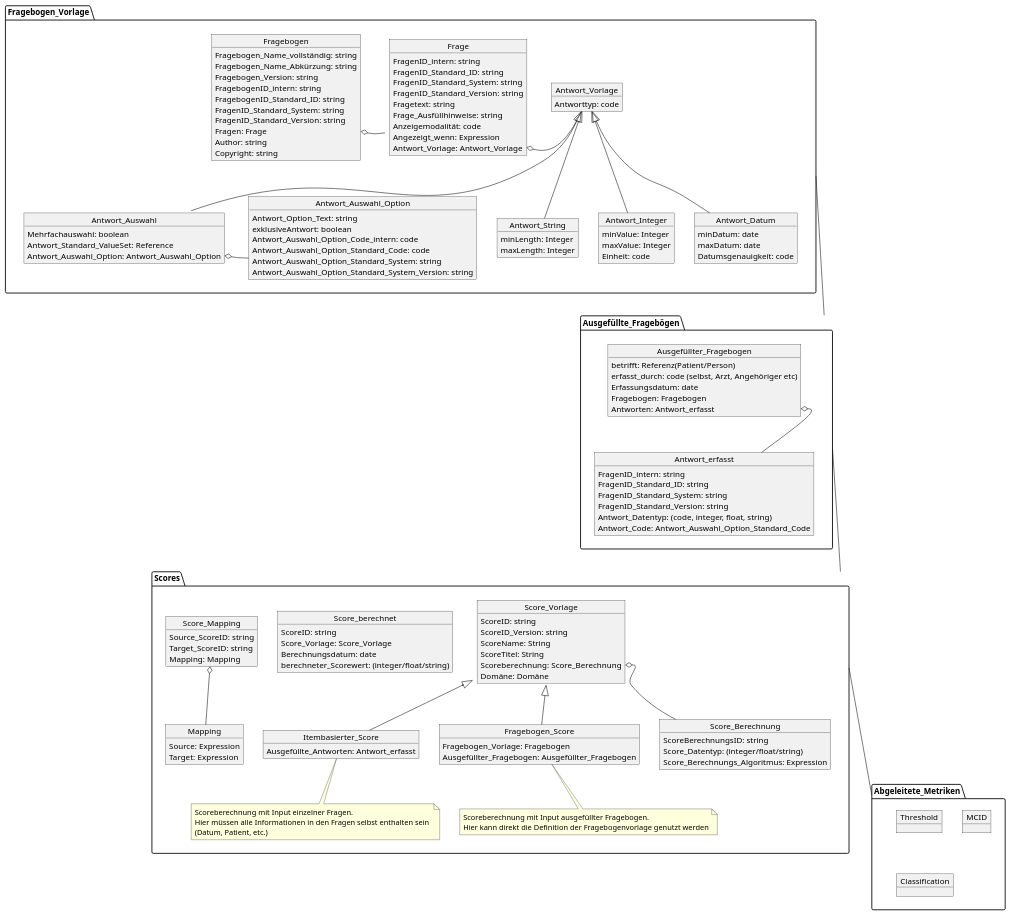
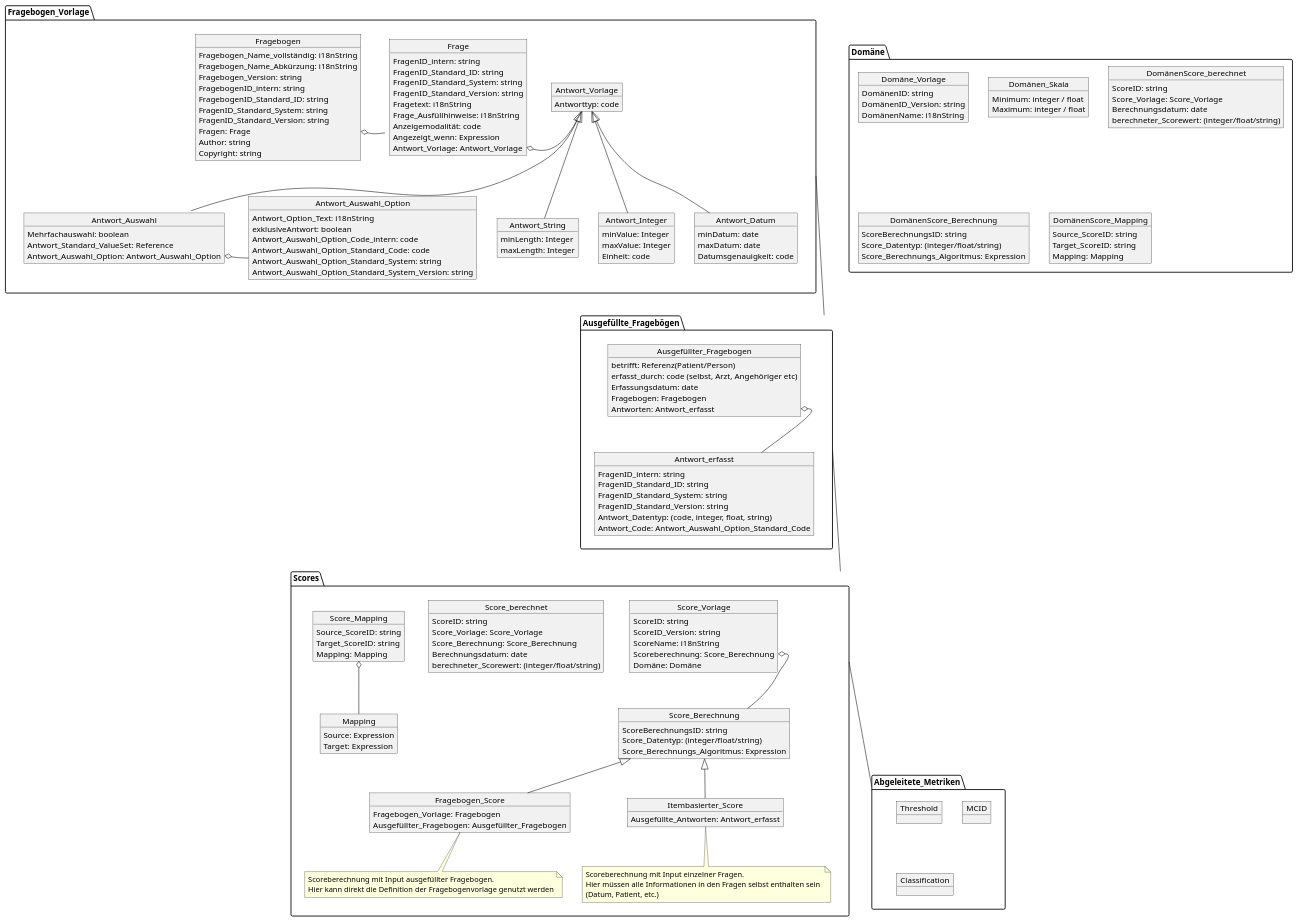
The diagram in Logical_Model_UML_q-based copy.pu (medizininformatik-initiative/kerndatensatzmodul-proms), drawn with PlantUML before and after one commit.

Commit message:
imrpoved plantuml of logical model

```diff
--- a/Logical_Model_UML_q-based copy.pu
+++ b/Logical_Model_UML_q-based copy.pu
@@ -1,169 +1,199 @@
 @startuml MII_PROMs_Fragebögen
 package Fragebogen_Vorlage {
     object Fragebogen {
-        Fragebogen_Name_vollständig: string
-        Fragebogen_Name_Abkürzung: string
+        Fragebogen_Name_vollständig: i18nString
+        Fragebogen_Name_Abkürzung: i18nString
         Fragebogen_Version: string
         FragebogenID_intern: string
         FragebogenID_Standard_ID: string
         FragenID_Standard_System: string
         FragenID_Standard_Version: string
         Fragen: Frage
         Author: string
 
         Copyright: string
 
 
     }
 
     object Frage{
         FragenID_intern: string
         FragenID_Standard_ID: string
         FragenID_Standard_System: string
         FragenID_Standard_Version: string
-        Fragetext: string
-        Frage_Ausfüllhinweise: string
+        Fragetext: i18nString
+        Frage_Ausfüllhinweise: i18nString
         Anzeigemodalität: code
         Angezeigt_wenn: Expression
         Antwort_Vorlage: Antwort_Vorlage
 
     }
 
     Fragebogen::Frage o-right- Frage
 
     object Antwort_Vorlage {
         Antworttyp: code
     }
     Frage::Antwort_Vorlage  o-right-- Antwort_Vorlage
 
     object Antwort_String {
         minLength: Integer
         maxLength: Integer
     }
     Antwort_Vorlage <|-down- Antwort_String
 
     object Antwort_Auswahl {
         Mehrfachauswahl: boolean
         Antwort_Standard_ValueSet: Reference
         Antwort_Auswahl_Option: Antwort_Auswahl_Option
     }
     object Antwort_Auswahl_Option {
-        Antwort_Option_Text: string
+        Antwort_Option_Text: i18nString
         exklusiveAntwort: boolean
         Antwort_Auswahl_Option_Code_intern: code
         Antwort_Auswahl_Option_Standard_Code: code
         Antwort_Auswahl_Option_Standard_System: string
         Antwort_Auswahl_Option_Standard_System_Version: string
 
     }
 
     Antwort_Vorlage <|-down- Antwort_Auswahl
     Antwort_Auswahl::Antwort_Auswahl_Option o-right- Antwort_Auswahl_Option
 
     object Antwort_Integer {
         minValue: Integer
         maxValue: Integer
         Einheit: code
     }
     Antwort_Vorlage <|-down- Antwort_Integer
 
     object Antwort_Datum {
         minDatum: date
         maxDatum: date
         Datumsgenauigkeit: code
     }
     Antwort_Vorlage <|-down- Antwort_Datum
 
 }
 
 package Ausgefüllte_Fragebögen {
     object Ausgefüllter_Fragebogen {
     
         betrifft: Referenz(Patient/Person)
         erfasst_durch: code (selbst, Arzt, Angehöriger etc)
         Erfassungsdatum: date
         Fragebogen: Fragebogen
         Antworten: Antwort_erfasst
     }
     object Antwort_erfasst {
         FragenID_intern: string
         FragenID_Standard_ID: string
         FragenID_Standard_System: string
         FragenID_Standard_Version: string
         Antwort_Datentyp: (code, integer, float, string)
         Antwort_Code: Antwort_Auswahl_Option_Standard_Code
     }
     Ausgefüllter_Fragebogen::Antworten o-- Antwort_erfasst
 }
 
 package Scores {
     object Score_Vorlage {
         ScoreID: string
         ScoreID_Version: string
-        ScoreName: String
-        ScoreTitel: String
+        ScoreName: i18nString
         Scoreberechnung: Score_Berechnung
         Domäne: Domäne
     }
     object Score_berechnet {
         ScoreID: string
         Score_Vorlage: Score_Vorlage
+        Score_Berechnung: Score_Berechnung
         Berechnungsdatum: date
         berechneter_Scorewert: (integer/float/string)
     } 
     object Score_Berechnung {
         ScoreBerechnungsID: string
         Score_Datentyp: (integer/float/string)
         Score_Berechnungs_Algoritmus: Expression
+
     }
-    Score_Vorlage::Scoreberechnung  o--Score_Berechnung
+    Score_Vorlage::Scoreberechnung o-- Score_Berechnung
+
 
     object Fragebogen_Score {
         Fragebogen_Vorlage: Fragebogen
         Ausgefüllter_Fragebogen: Ausgefüllter_Fragebogen
     }
     note bottom of Fragebogen_Score 
         Scoreberechnung mit Input ausgefüllter Fragebogen. 
         Hier kann direkt die Definition der Fragebogenvorlage genutzt werden
     end note
-      Score_Vorlage <|-- Fragebogen_Score
+      Score_Berechnung <|-- Fragebogen_Score
 
     object Itembasierter_Score {
         Ausgefüllte_Antworten: Antwort_erfasst
     }
-    Score_Vorlage <|-- Itembasierter_Score
+    Score_Berechnung <|-- Itembasierter_Score
 
     note bottom of Itembasierter_Score 
         Scoreberechnung mit Input einzelner Fragen. 
         Hier müssen alle Informationen in den Fragen selbst enthalten sein 
         (Datum, Patient, etc.)
     end note
 
     object Score_Mapping {
         Source_ScoreID: string
         Target_ScoreID: string
         Mapping: Mapping 
     }
 
     object Mapping {
         Source: Expression
         Target: Expression        
     }
     Score_Mapping o-- Mapping
 
 
 }
+package Domäne {
+    object Domäne_Vorlage {
+        DomänenID: string
+        DomänenID_Version: string
+        DomänenName: i18nString
+    }
+    object Domänen_Skala {
+        Minimum: integer / float
+        Maximum: integer / float
 
+    }
+
+
+    object DomänenScore_berechnet {
+        ScoreID: string
+        Score_Vorlage: Score_Vorlage
+        Berechnungsdatum: date
+        berechneter_Scorewert: (integer/float/string)
+    } 
+    object DomänenScore_Berechnung {
+        ScoreBerechnungsID: string
+        Score_Datentyp: (integer/float/string)
+        Score_Berechnungs_Algoritmus: Expression
+    }
+
+    object DomänenScore_Mapping {
+        Source_ScoreID: string
+        Target_ScoreID: string
+        Mapping: Mapping 
+    }
+}
 
 package Abgeleitete_Metriken {
     object Threshold
     object MCID
     object Classification
 } 
 
 Fragebogen_Vorlage --- Ausgefüllte_Fragebögen
 Ausgefüllte_Fragebögen --- Scores
 Scores --- Abgeleitete_Metriken
-
-
 @enduml
```
